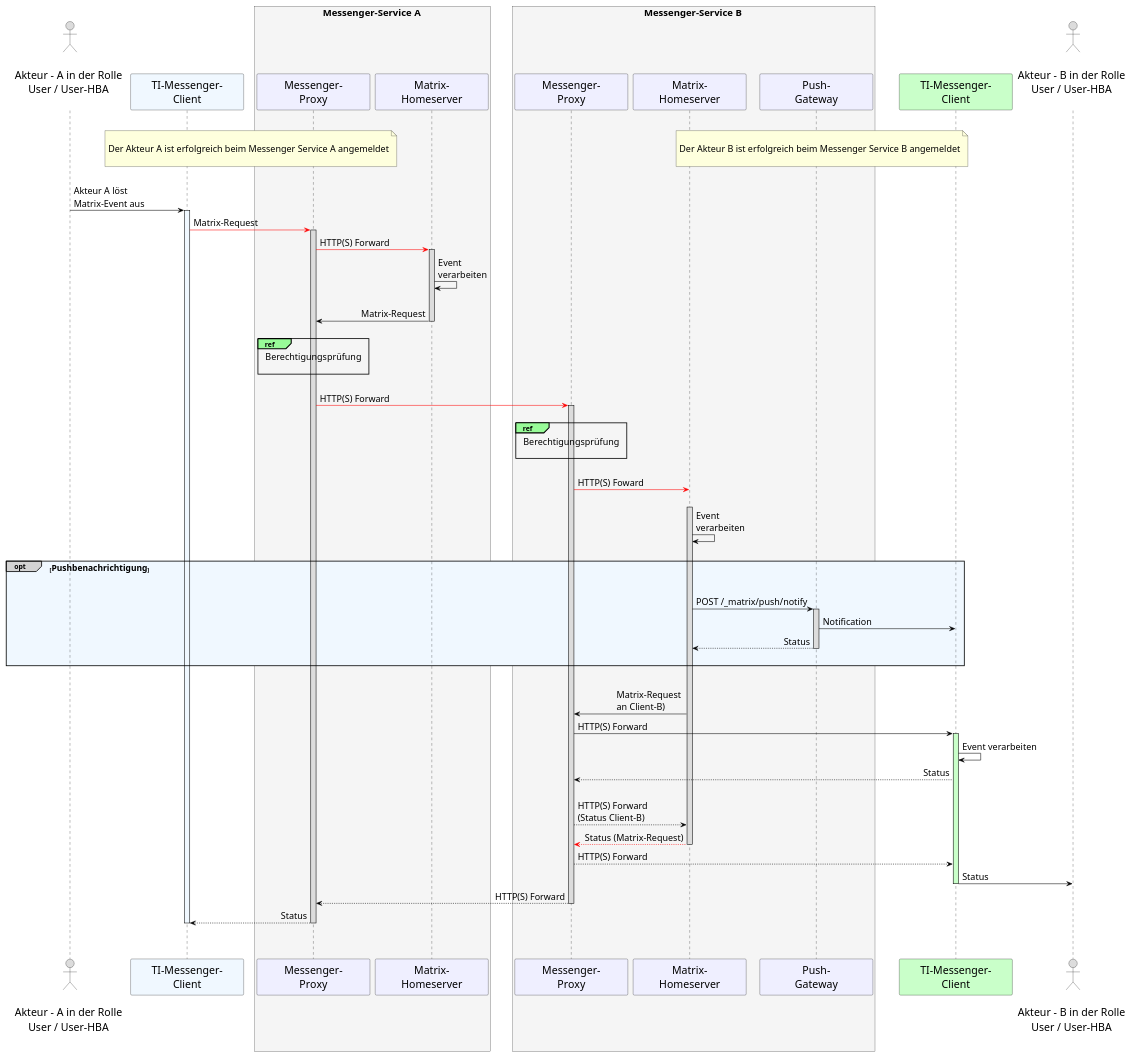
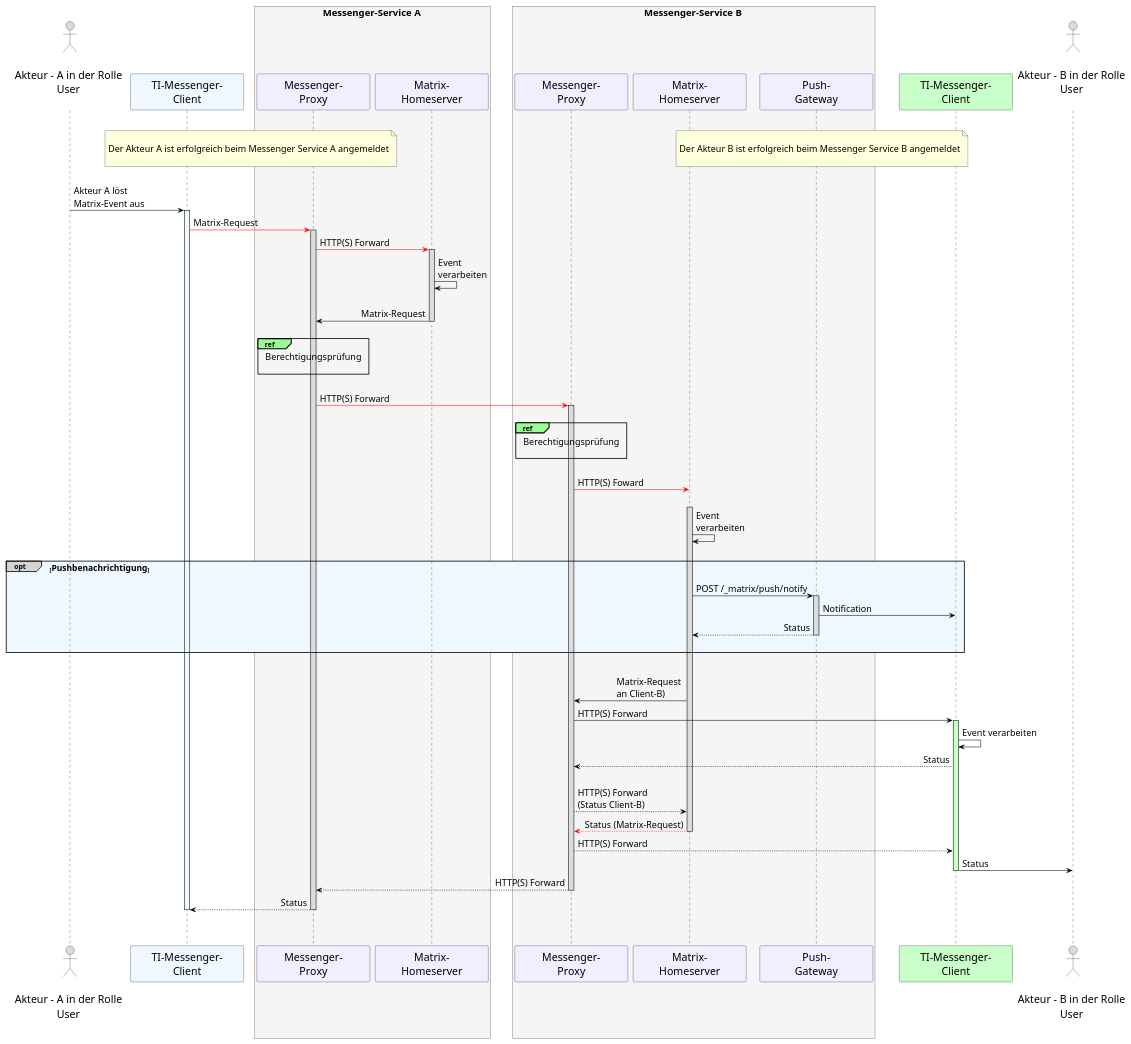
Before and after one commit to gematik/api-ti-messenger: the diagram in src/plantuml/TI-Messenger-Dienst/Ressourcen/UC_10062_Seq.puml, drawn with PlantUML. The commit also changed 1 other file, not shown here.

Commit message:
removed user hba

```diff
--- a/src/plantuml/TI-Messenger-Dienst/Ressourcen/UC_10062_Seq.puml
+++ b/src/plantuml/TI-Messenger-Dienst/Ressourcen/UC_10062_Seq.puml
@@ -9,103 +9,101 @@
 @startuml
 !pragma teoz true
 skinparam sequenceMessageAlign direction
 skinparam minClassWidth 200
 skinparam BoxPadding 15
 skinparam sequenceReferenceHeaderBackgroundColor palegreen
 scale max 2048 width
 
 skinparam sequence {
 ArrowColor black
 ArrowFontSize 17
 ActorBorderColor black
 LifeLineBorderColor black
 LifeLineBackgroundColor Gainsboro
 
 ParticipantBorderColor Motivation
 ParticipantBackgroundColor Motivation
 ParticipantFontSize 20
 ParticipantFontColor black
 ParticipantBorderColor Black
 ParticipantBackgroundColor MOTIVATION
 
 ActorBackgroundColor Gainsboro
 ActorFontColor black
 ActorFontSize 20
 ActorFontName Aapex
 }
-    actor U1 as "\nAkteur - A in der Rolle\nUser / User-HBA\n"
+    actor U1 as "\nAkteur - A in der Rolle\nUser\n"
     participant C1 as "TI-Messenger-\nClient" #AliceBlue
     box <size:18>Messenger-Service A</size> #WhiteSmoke
       participant MP1 as "Messenger-\nProxy"
       participant MH1 as "Matrix-\nHomeserver"
     end box
     box <size:18>Messenger-Service B</size> #WhiteSmoke
     participant MP2 as "Messenger-\nProxy"
     participant MH2 as "Matrix-\nHomeserver"
     participant PG2 as "Push-\nGateway"
     end box
     participant C2 as "TI-Messenger-\nClient" #TECHNOLOGY
-    actor U2 as "\nAkteur - B in der Rolle\nUser / User-HBA\n"
+    actor U2 as "\nAkteur - B in der Rolle\nUser\n"
     
 |||
 / note over U1, MH1: \n<size:17>Der Akteur A ist erfolgreich beim Messenger Service A angemeldet</size>\n   
 / note over U2, MP2: \n<size:17>Der Akteur B ist erfolgreich beim Messenger Service B angemeldet</size>\n    
 |||
 
   U1->C1: Akteur A löst\nMatrix-Event aus
     activate C1 #AliceBlue
   C1-[#red]>MP1: Matrix-Request
     activate MP1
   MP1-[#red]>MH1: HTTP(S) Forward
     activate MH1
   MH1->MH1: Event \nverarbeiten
   |||
   MH1->MP1: Matrix-Request
     deactivate MH1
     |||
     ref over MP1, MP1: <size:17>Berechtigungsprüfung</size>\n    
   |||  
   MP1-[#red]>MP2: HTTP(S) Forward
     activate MP2
   |||
   ref over MP2, MP2: <size:17>Berechtigungsprüfung</size>\n 
   |||
   MP2-[#red]>MH2: HTTP(S) Foward
   |||
 
     activate MH2
   MH2->MH2: Event \nverarbeiten
   |||
- 
-  opt#LightGrey #AliceBlue <size:16>Pushbenachrichtigung</size>
-  |||
+   opt#LightGrey #AliceBlue <size:16>Pushbenachrichtigung</size>
     MH2->PG2: POST /_matrix/push/notify
       activate PG2
     PG2->C2: Notification
     PG2-->MH2: Status
       deactivate PG2
   |||
   end
   |||
 
   MH2->MP2: Matrix-Request \nan Client-B)
   MP2->C2: HTTP(S) Forward 
     activate C2 #TECHNOLOGY
   C2->C2: Event verarbeiten
 
   C2-->MP2: Status
   |||
   MP2-->MH2: HTTP(S) Forward \n(Status Client-B)
   MH2--[#red]>MP2: Status (Matrix-Request)
     deactivate MH2
   MP2-->C2: HTTP(S) Forward
   C2->U2: Status
     deactivate C2
   MP2-->MP1: HTTP(S) Forward
     deactivate MP2
   MP1-->C1: Status
     deactivate MP1
     deactivate C1
   |||
 |||
 @enduml
```
